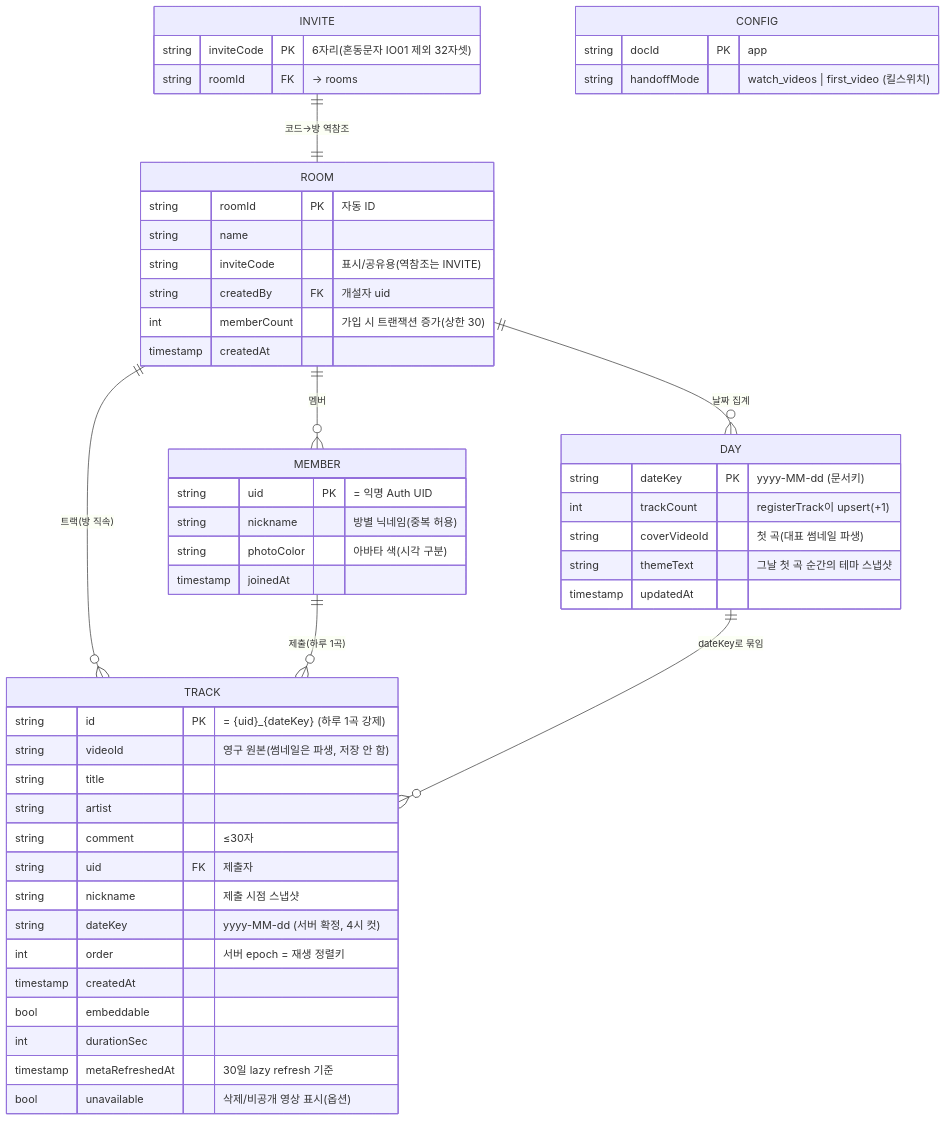
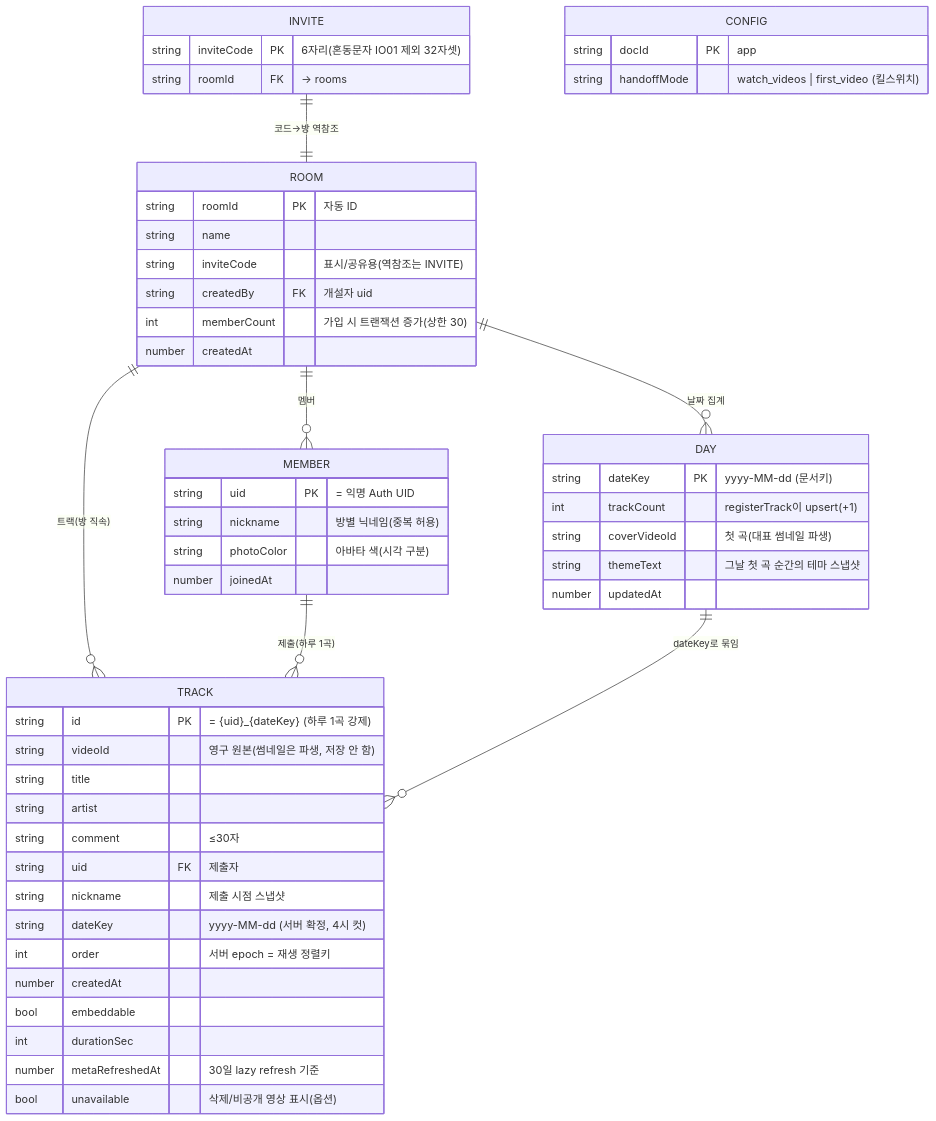
One commit to team-muzikismulife/muzik changed the diagram in docs/ERD.md. Above: the diagram before and after it, drawn with Mermaid. The commit also changed 1 other file, not shown here.

Commit message:
docs: PR 리뷰 반영 — mermaid 줄바꿈·타입 표기 수정
- 시스템아키텍처.md: flowchart 줄바꿈을 \n → <br/>로 교체(GitHub 렌더링), 특수문자 엣지 라벨 인용
- ERD.md: 타입 표기 timestamp → number (models.ts 정본과 일치, 실제 저장은 epoch)

관련 이슈: #12

````diff
--- a/docs/ERD.md
+++ b/docs/ERD.md
@@ -11,60 +11,60 @@
 ```mermaid
 erDiagram
     INVITE ||--|| ROOM : "코드→방 역참조"
     ROOM ||--o{ MEMBER : "멤버"
     ROOM ||--o{ TRACK : "트랙(방 직속)"
     ROOM ||--o{ DAY : "날짜 집계"
     MEMBER ||--o{ TRACK : "제출(하루 1곡)"
     DAY ||--o{ TRACK : "dateKey로 묶임"
 
     CONFIG {
         string docId PK "app"
         string handoffMode "watch_videos | first_video (킬스위치)"
     }
 
     INVITE {
         string inviteCode PK "6자리(혼동문자 IO01 제외 32자셋)"
         string roomId FK "→ rooms"
     }
 
     ROOM {
         string roomId PK "자동 ID"
         string name
         string inviteCode "표시/공유용(역참조는 INVITE)"
         string createdBy FK "개설자 uid"
         int    memberCount "가입 시 트랜잭션 증가(상한 30)"
-        timestamp createdAt
+        number createdAt
     }
 
     MEMBER {
         string uid PK "= 익명 Auth UID"
         string nickname "방별 닉네임(중복 허용)"
         string photoColor "아바타 색(시각 구분)"
-        timestamp joinedAt
+        number joinedAt
     }
 
     TRACK {
         string id PK "= {uid}_{dateKey} (하루 1곡 강제)"
         string videoId "영구 원본(썸네일은 파생, 저장 안 함)"
         string title
         string artist
         string comment "≤30자"
         string uid FK "제출자"
         string nickname "제출 시점 스냅샷"
         string dateKey "yyyy-MM-dd (서버 확정, 4시 컷)"
         int    order "서버 epoch = 재생 정렬키"
-        timestamp createdAt
+        number createdAt
         bool   embeddable
         int    durationSec
-        timestamp metaRefreshedAt "30일 lazy refresh 기준"
+        number metaRefreshedAt "30일 lazy refresh 기준"
         bool   unavailable "삭제/비공개 영상 표시(옵션)"
     }
 
     DAY {
         string dateKey PK "yyyy-MM-dd (문서키)"
         int    trackCount "registerTrack이 upsert(+1)"
         string coverVideoId "첫 곡(대표 썸네일 파생)"
         string themeText "그날 첫 곡 순간의 테마 스냅샷"
-        timestamp updatedAt
+        number updatedAt
     }
 ```
````
